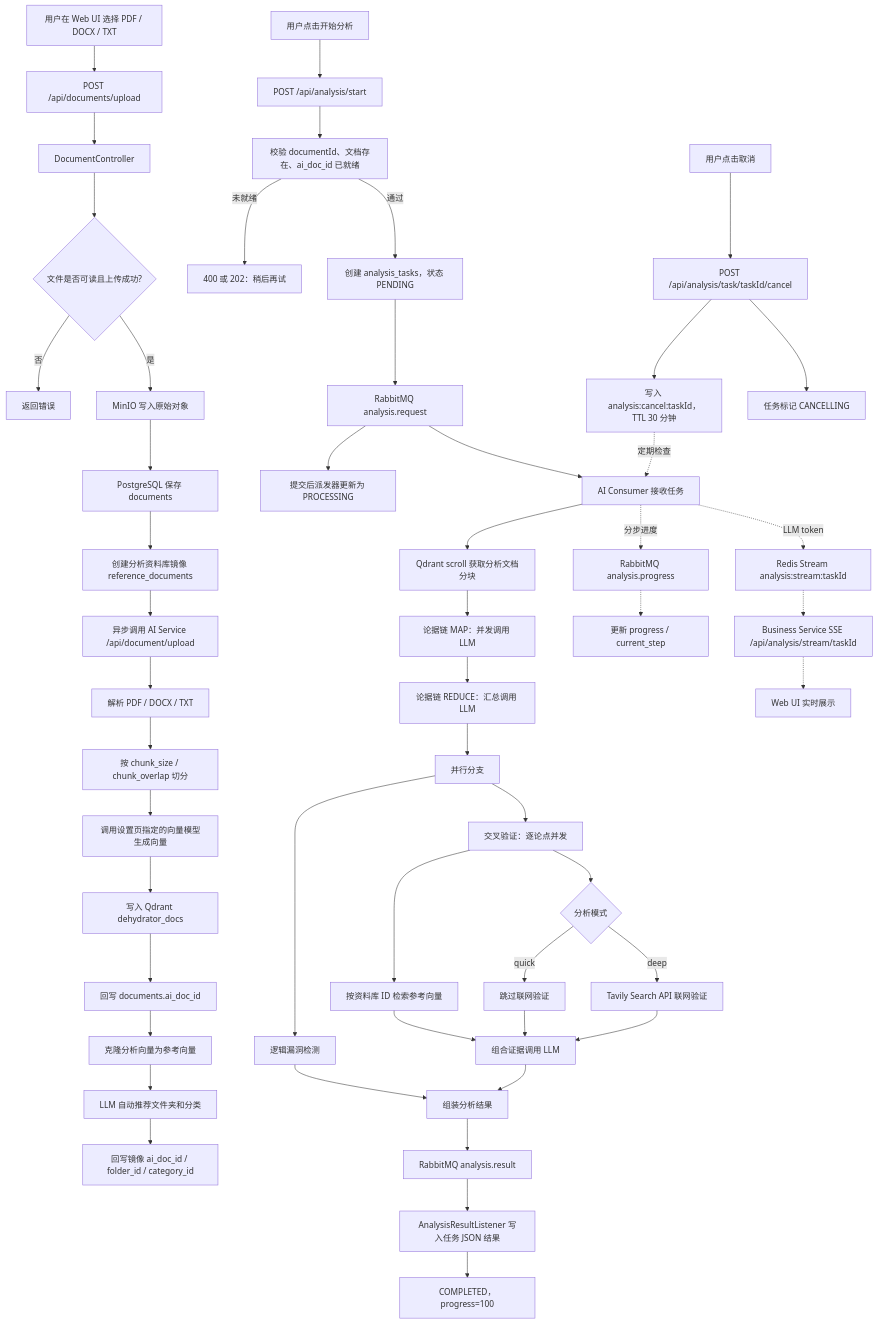
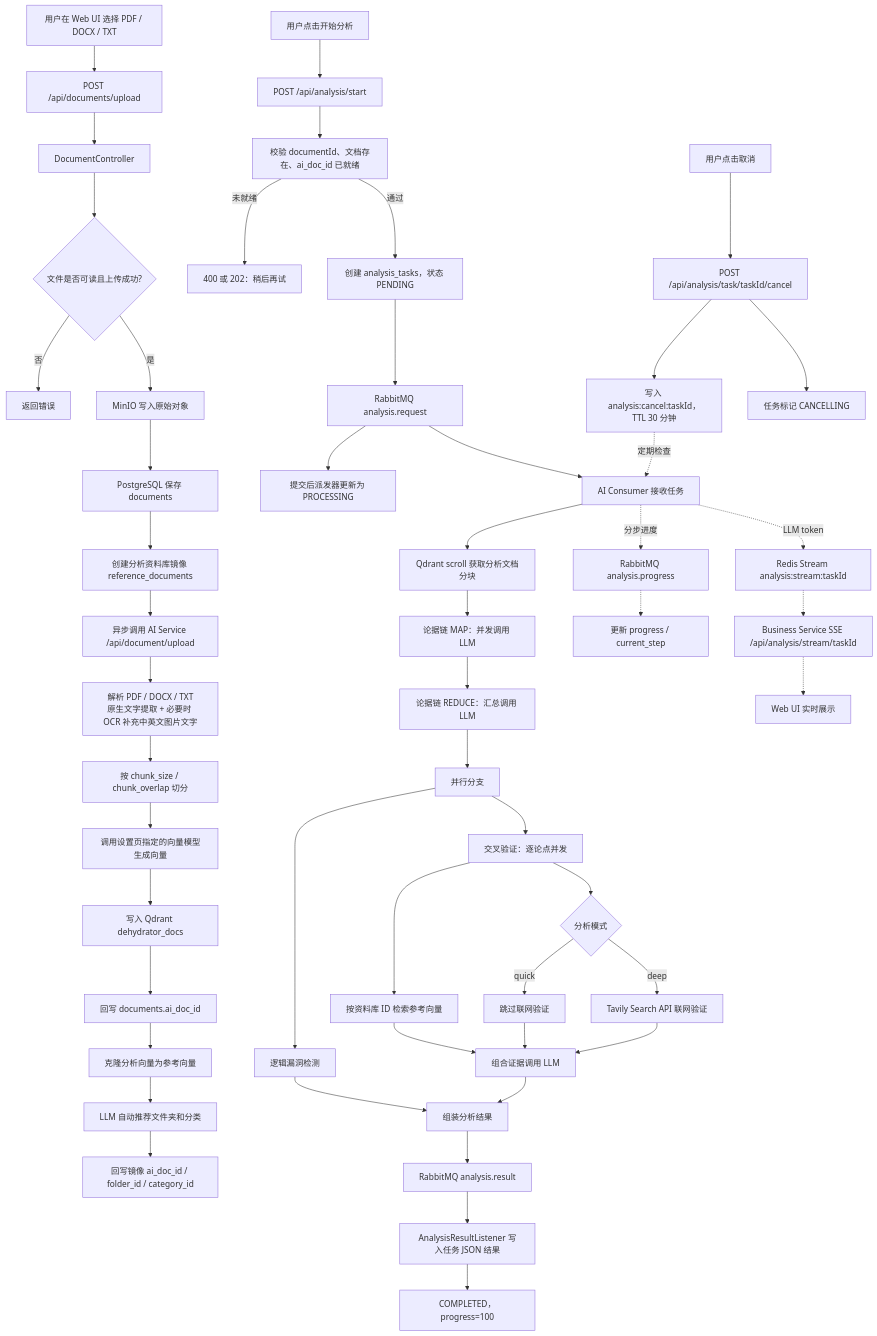
The second of 5 diagrams in docs/system-diagrams.md (Arohtea/The_Dehydrator), drawn with Mermaid before and after one commit. The commit also changed 3 other files, not shown here.

````diff
--- a/docs/system-diagrams.md
+++ b/docs/system-diagrams.md
@@ -126,56 +126,56 @@
 ```mermaid
 flowchart TD
     U[用户在 Web UI 选择 PDF / DOCX / TXT] --> W1[POST /api/documents/upload]
     W1 --> B1[DocumentController]
     B1 --> B2{文件是否可读且上传成功?}
     B2 -- 否 --> E1[返回错误]
     B2 -- 是 --> M1[MinIO 写入原始对象]
     M1 --> P1[PostgreSQL 保存 documents]
     P1 --> A0[创建分析资料库镜像 reference_documents]
     A0 --> R1[异步调用 AI Service /api/document/upload]
-    R1 --> A1[解析 PDF / DOCX / TXT]
+    R1 --> A1[解析 PDF / DOCX / TXT<br/>原生文字提取 + 必要时 OCR 补充中英文图片文字]
     A1 --> A2[按 chunk_size / chunk_overlap 切分]
     A2 --> A3[调用设置页指定的向量模型生成向量]
     A3 --> Q1[写入 Qdrant dehydrator_docs]
     Q1 --> P2[回写 documents.ai_doc_id]
     P2 --> AR1[克隆分析向量为参考向量]
     AR1 --> AR2[LLM 自动推荐文件夹和分类]
     AR2 --> P3[回写镜像 ai_doc_id / folder_id / category_id]
 
     U2[用户点击开始分析] --> W2[POST /api/analysis/start]
     W2 --> B3[校验 documentId、文档存在、ai_doc_id 已就绪]
     B3 -- 未就绪 --> E2[400 或 202：稍后再试]
     B3 -- 通过 --> P4[创建 analysis_tasks，状态 PENDING]
     P4 --> MQ1[RabbitMQ analysis.request]
     MQ1 --> P5[提交后派发器更新为 PROCESSING]
     MQ1 --> C1[AI Consumer 接收任务]
     C1 --> Q2[Qdrant scroll 获取分析文档分块]
     Q2 --> AC1[论据链 MAP：并发调用 LLM]
     AC1 --> AC2[论据链 REDUCE：汇总调用 LLM]
     AC2 --> PAR[并行分支]
     PAR --> LF[逻辑漏洞检测]
     PAR --> CV[交叉验证：逐论点并发]
     CV --> REF[按资料库 ID 检索参考向量]
     CV --> MODE{分析模式}
     MODE -- quick --> NO_WEB[跳过联网验证]
     MODE -- deep --> WEB[Tavily Search API 联网验证]
     REF --> CV2[组合证据调用 LLM]
     NO_WEB --> CV2
     WEB --> CV2
     LF --> RES[组装分析结果]
     CV2 --> RES
     RES --> MQ2[RabbitMQ analysis.result]
     MQ2 --> P6[AnalysisResultListener 写入任务 JSON 结果]
     P6 --> DONE[COMPLETED，progress=100]
 
     C1 -. 分步进度 .-> MQ3[RabbitMQ analysis.progress]
     MQ3 -.-> P7[更新 progress / current_step]
     C1 -. LLM token .-> REDIS1[Redis Stream analysis:stream:taskId]
     REDIS1 -.-> SSE[Business Service SSE /api/analysis/stream/taskId]
     SSE -.-> UI[Web UI 实时展示]
 
     U3[用户点击取消] --> W3[POST /api/analysis/task/taskId/cancel]
     W3 --> REDIS2[写入 analysis:cancel:taskId，TTL 30 分钟]
     W3 --> CANCEL[任务标记 CANCELLING]
     REDIS2 -.定期检查.-> C1
 ```
````
